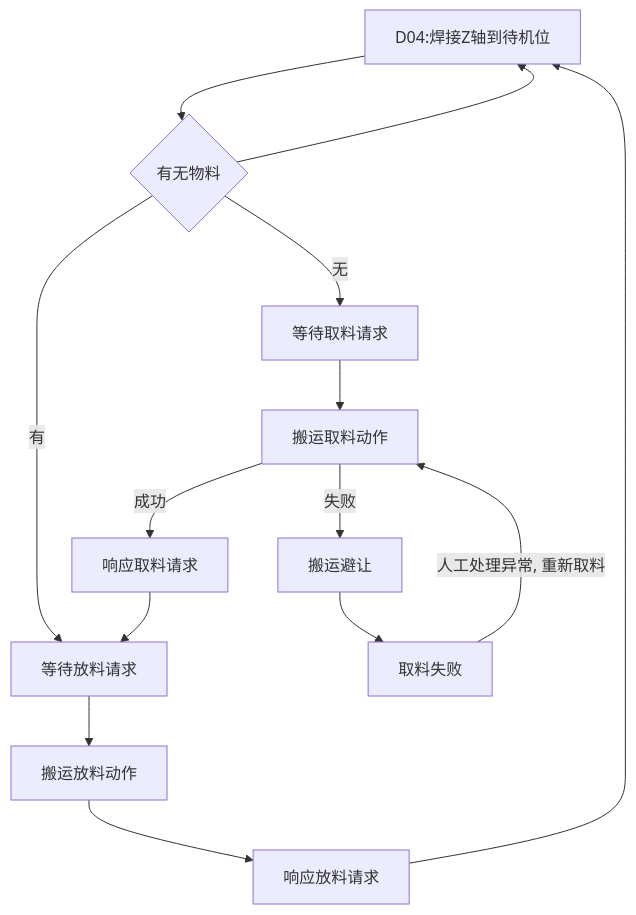
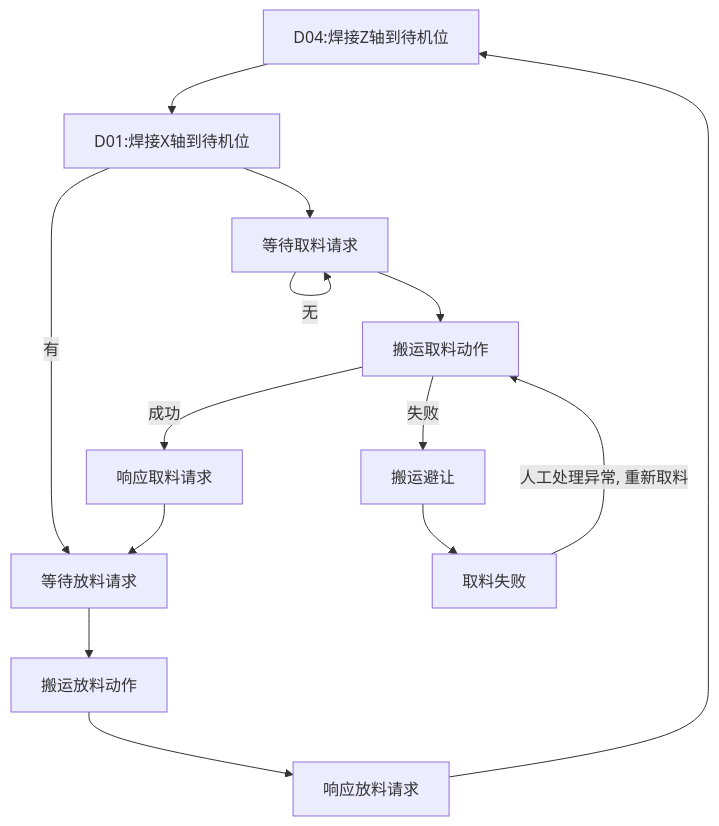
One commit to PengKun1/iodraw-files changed the diagram in all/OP10焊接工位自动流程.md. Above: the diagram before and after it, drawn with Mermaid.

Commit message:
2024-08-06 16:52:59 update

````diff
--- a/all/OP10焊接工位自动流程.md
+++ b/all/OP10焊接工位自动流程.md
@@ -1,19 +1,19 @@
 ```mermaid
 graph TD
 10[D04:焊接Z轴到待机位]-->20
-20[D01:焊接X轴到待机位]-->10
+20[D01:焊接X轴到待机位]-->30
+30{有无物料}-->|无|30
 
-20{有无物料}-->|无|30
 20-->|有|60
 30[等待取料请求]-->40
 40[搬运取料动作]-->|成功|50
 40-->|失败|90
 50[响应取料请求]-->60
 60[等待放料请求]-->70
 70[搬运放料动作]-->80
 80[响应放料请求]-->10
 
 90[搬运避让]-->900
 
 900[取料失败]-->|人工处理异常, 重新取料|40
 ```
````
